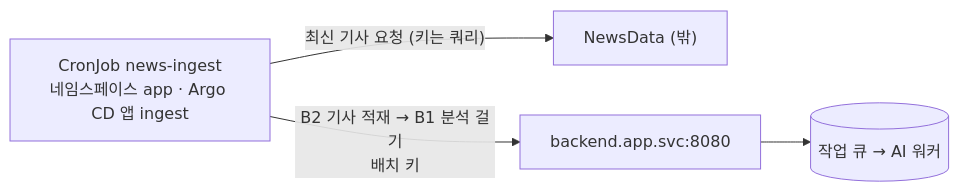
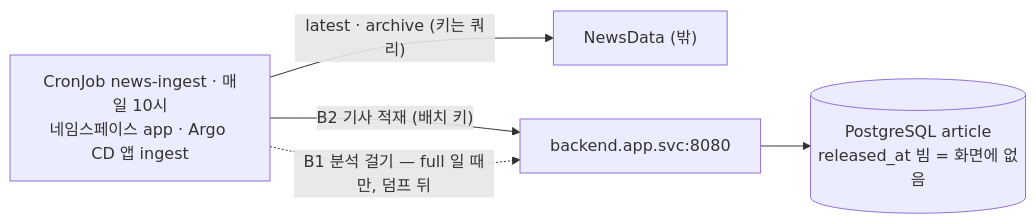
One commit to a102-NEWLEARN/NEW-LEARN changed the diagram in infra/server/ingest.md. Above: the diagram before and after it, drawn with Mermaid. The commit also changed other lines of this file and 8 other files, not shown here.

````diff
--- a/infra/server/ingest.md
+++ b/infra/server/ingest.md
@@ -7,6 +7,7 @@
 ```mermaid
 flowchart LR
-    C["CronJob news-ingest<br/>네임스페이스 app · Argo CD 앱 ingest"] -->|"최신 기사 요청 (키는 쿼리)"| N["NewsData (밖)"]
-    C -->|"B2 기사 적재 → B1 분석 걸기<br/>배치 키"| B["backend.app.svc:8080"]
-    B --> Q[("작업 큐 → AI 워커")]
+    C["CronJob news-ingest · 매일 10시<br/>네임스페이스 app · Argo CD 앱 ingest"] -->|"latest · archive (키는 쿼리)"| N["NewsData (밖)"]
+    C -->|"B2 기사 적재 (배치 키)"| B["backend.app.svc:8080"]
+    C -.->|"B1 분석 걸기 — full 일 때만, 덤프 뒤"| B
+    B --> D[("PostgreSQL article<br/>released_at 빔 = 화면에 없음")]
 ```
````
